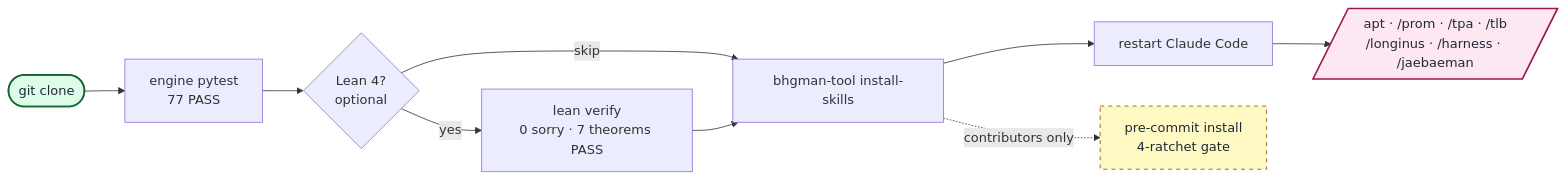
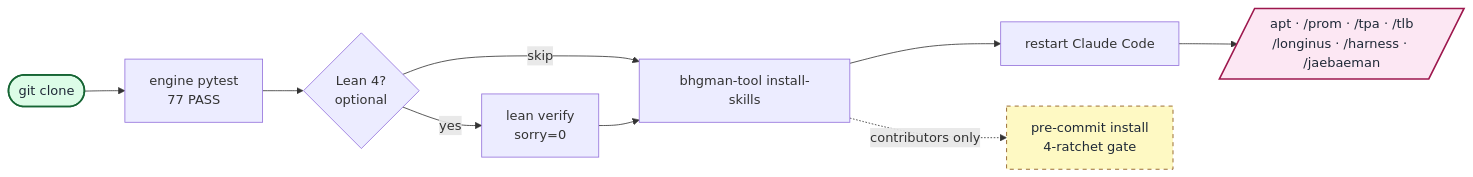
Before and after one commit to gj3447/bhgman_tool: the diagram in README.md, drawn with Mermaid. The commit also changed other lines of this file and 5 other files, not shown here.

````diff
--- a/README.md
+++ b/README.md
@@ -139,18 +86,18 @@
 ```mermaid
 flowchart LR
     A([git clone]) --> B[engine pytest<br/>77 PASS]
     B --> C{Lean 4?<br/>optional}
-    C -- yes --> D[lean verify<br/>0 sorry · 7 theorems PASS]
+    C -- yes --> D[lean verify<br/>sorry=0]
     C -- skip --> E[bhgman-tool install-skills]
     D --> E
     E --> F[restart Claude Code]
     F --> G[/apt · /prom · /tpa · /tlb<br/>/longinus · /harness · /jaebaeman/]
     E -. contributors only .-> H[pre-commit install<br/>4-ratchet gate]
 
     classDef startNode fill:#dcfce7,stroke:#166534,stroke-width:2px,color:#1f2937
     classDef endNode fill:#fce7f3,stroke:#9d174d,stroke-width:2px,color:#1f2937
     classDef optNode fill:#fef9c3,stroke:#854d0e,stroke-width:1px,stroke-dasharray:5 5,color:#1f2937
     class A startNode
     class G endNode
     class H optNode
 ```
````
